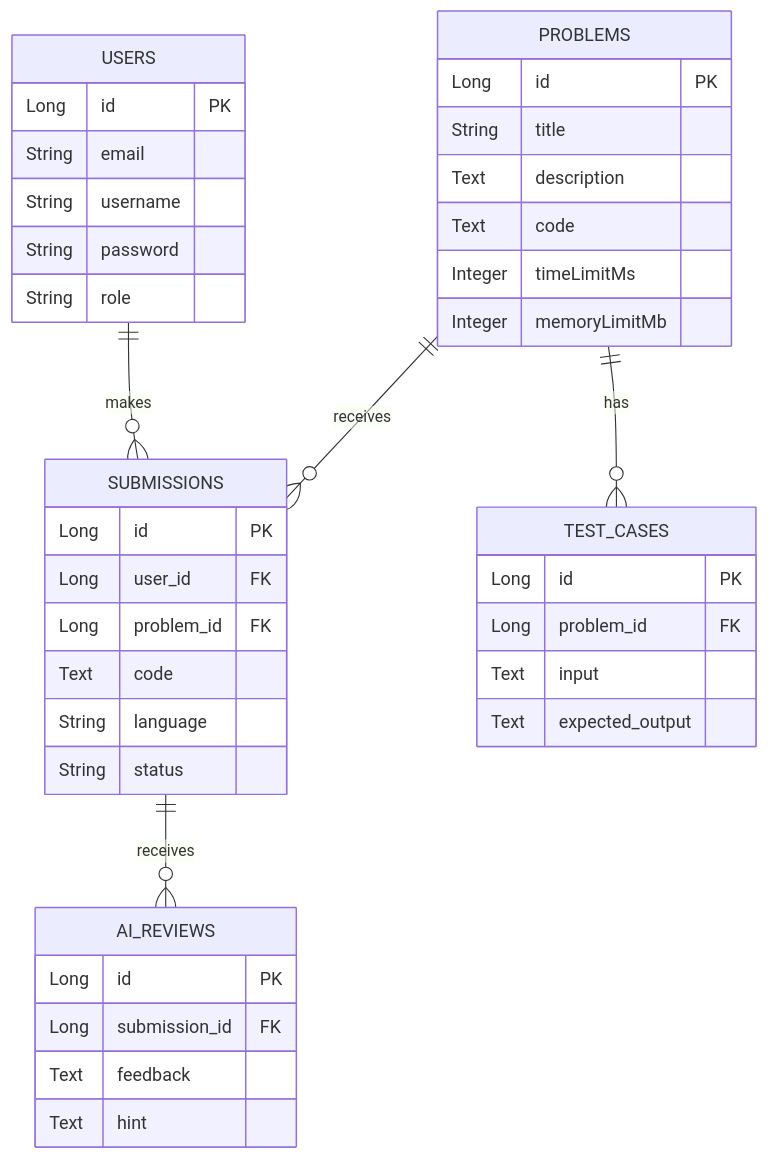
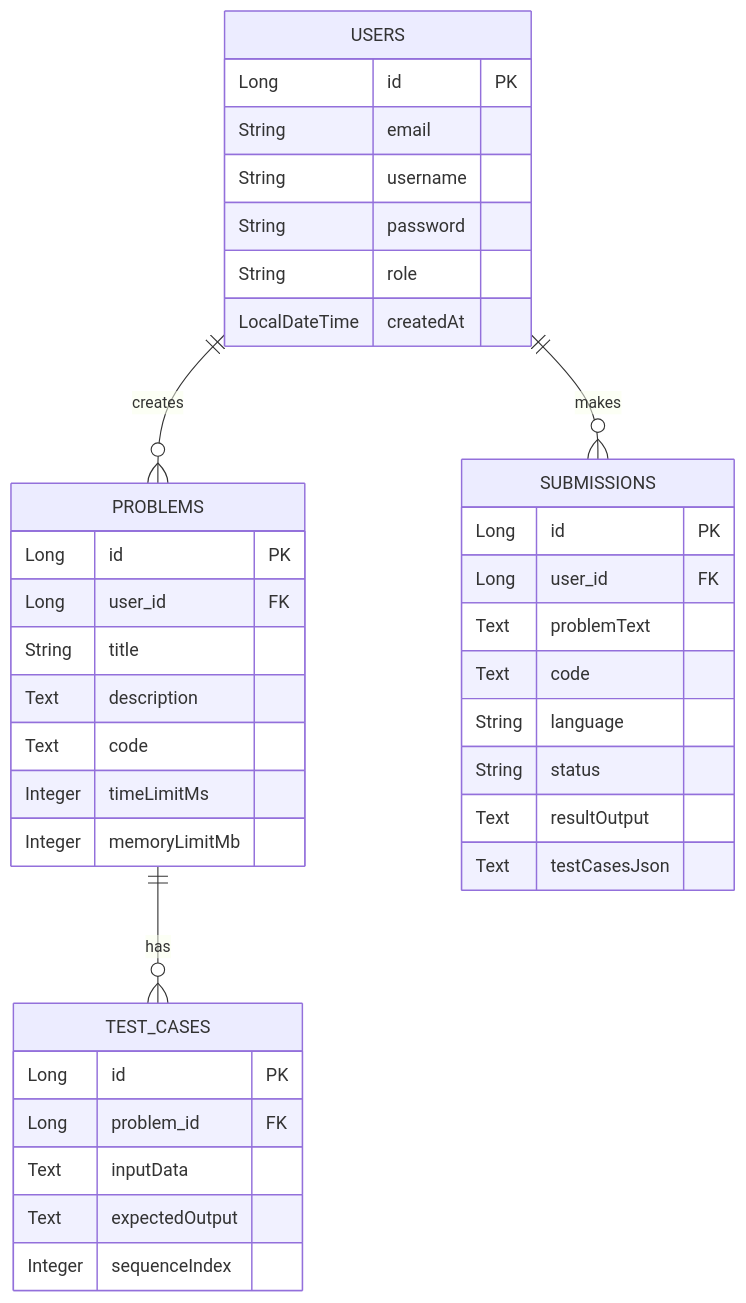
One commit to jkh0515/AgentJudge changed the second of 2 diagrams in README.md. Above: the diagram before and after it, drawn with Mermaid. The commit also changed other lines of this file and 3 other files, not shown here.

````diff
--- a/README.md
+++ b/README.md
@@ -92,46 +131,45 @@
 ```mermaid
 erDiagram
+    USERS ||--o{ PROBLEMS : creates
     USERS ||--o{ SUBMISSIONS : makes
+    
     USERS {
         Long id PK
         String email
         String username
         String password
         String role
+        LocalDateTime createdAt
     }
     
     PROBLEMS ||--o{ TEST_CASES : has
-    PROBLEMS ||--o{ SUBMISSIONS : receives
+    
     PROBLEMS {
         Long id PK
+        Long user_id FK
         String title
         Text description
         Text code
         Integer timeLimitMs
         Integer memoryLimitMb
     }
     
     TEST_CASES {
         Long id PK
         Long problem_id FK
-        Text input
-        Text expected_output
+        Text inputData
+        Text expectedOutput
+        Integer sequenceIndex
     }
     
-    SUBMISSIONS ||--o{ AI_REVIEWS : receives
     SUBMISSIONS {
         Long id PK
         Long user_id FK
-        Long problem_id FK
+        Text problemText
         Text code
         String language
         String status
-    }
-    
-    AI_REVIEWS {
-        Long id PK
-        Long submission_id FK
-        Text feedback
-        Text hint
+        Text resultOutput
+        Text testCasesJson
     }
 ```
````
